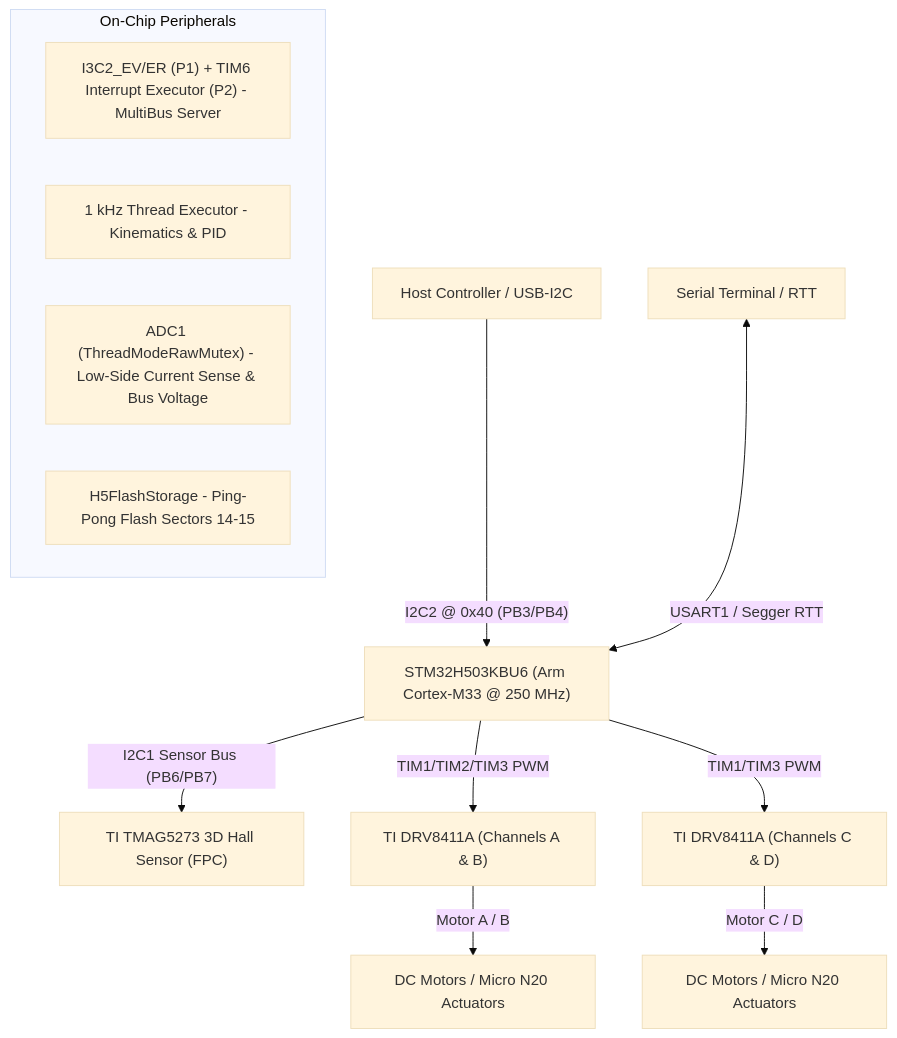
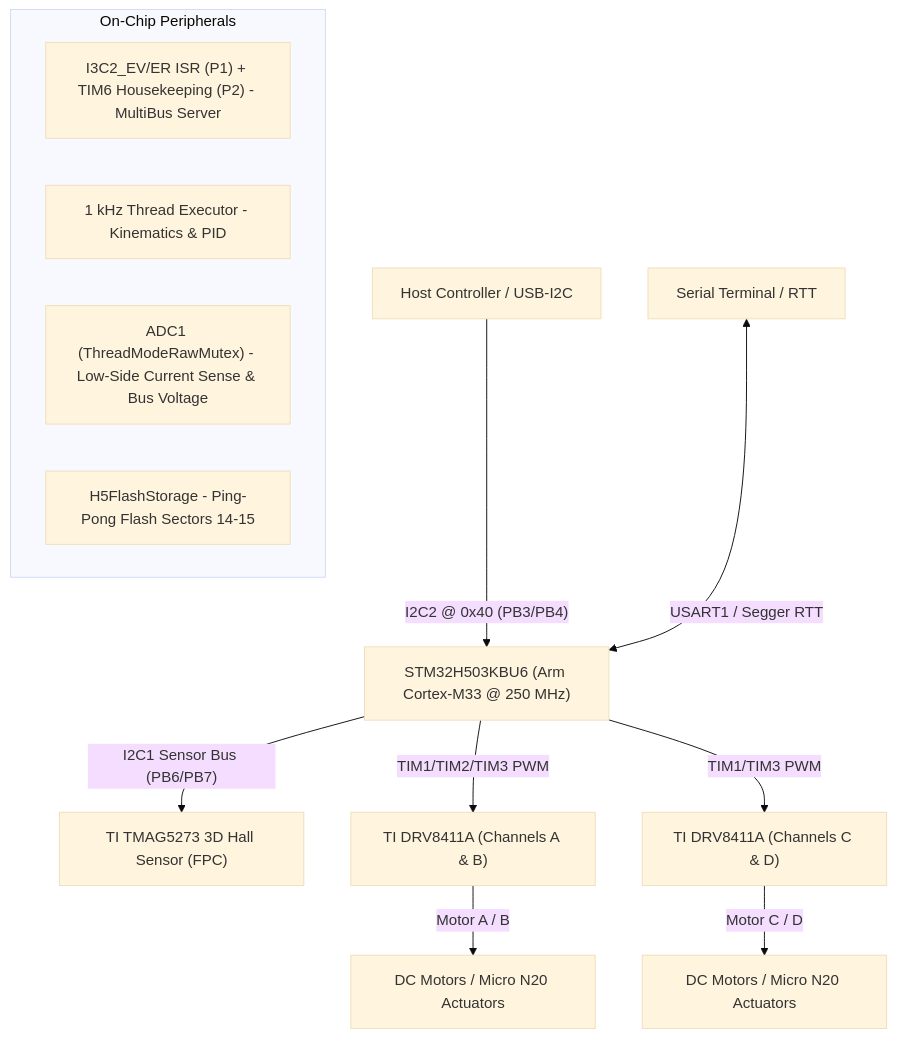
One commit to bareFOC/barefoc.github.io changed the diagram in docs/examples/fishyservo.md. Above: the diagram before and after it, drawn with Mermaid (base theme). The commit also changed other lines of this file, not shown here.

Commit message:
docs(fishyservo): document I3C2_EV ISR-driven target turnaround

````diff
--- a/docs/examples/fishyservo.md
+++ b/docs/examples/fishyservo.md
@@ -17,19 +17,19 @@
 ```mermaid
 flowchart TD
     Host["Host Controller / USB-I2C"] -->|"I2C2 @ 0x40 (PB3/PB4)"| Stm32["STM32H503KBU6 (Arm Cortex-M33 @ 250 MHz)"]
     Console["Serial Terminal / RTT"] <-->|"USART1 / Segger RTT"| Stm32
     
     subgraph stm32_peripherals ["On-Chip Peripherals"]
-        I2CTarget["I3C2_EV/ER (P1) + TIM6 Interrupt Executor (P2) - MultiBus Server"]
+        I2CTarget["I3C2_EV/ER ISR (P1) + TIM6 Housekeeping (P2) - MultiBus Server"]
         MotorTask["1 kHz Thread Executor - Kinematics & PID"]
         AdcTask["ADC1 (ThreadModeRawMutex) - Low-Side Current Sense & Bus Voltage"]
         FlashStore["H5FlashStorage - Ping-Pong Flash Sectors 14-15"]
     end
     
     Stm32 -->|"I2C1 Sensor Bus (PB6/PB7)"| Tmag["TI TMAG5273 3D Hall Sensor (FPC)"]
     Stm32 -->|"TIM1/TIM2/TIM3 PWM"| DrvU1["TI DRV8411A (Channels A & B)"]
     Stm32 -->|"TIM1/TIM3 PWM"| DrvU2["TI DRV8411A (Channels C & D)"]
     
     DrvU1 -->|"Motor A / B"| MotorsAB["DC Motors / Micro N20 Actuators"]
     DrvU2 -->|"Motor C / D"| MotorsCD["DC Motors / Micro N20 Actuators"]
 ```
````
